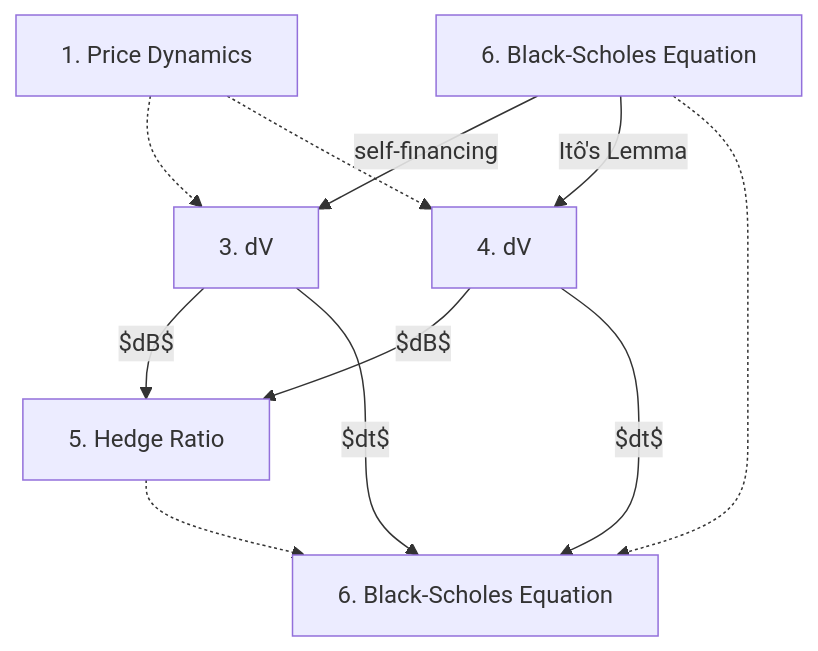
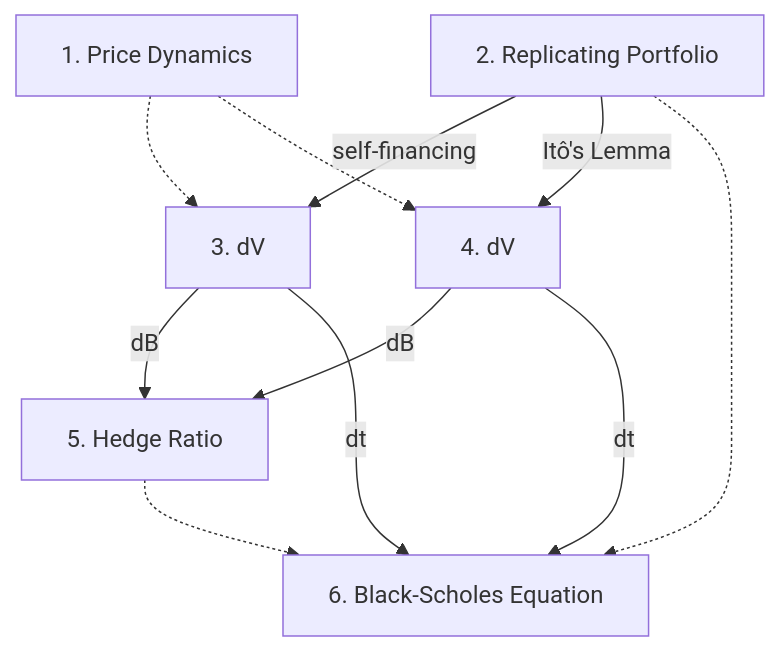
One commit to imfl/beautiful-jekyll changed the diagram in _posts/2018-05-27-a-very-quick-derivation-of-Black-Scholes-equation.md. Above: the diagram before and after it, drawn with Mermaid.

```diff
--- a/_posts/2018-05-27-a-very-quick-derivation-of-Black-Scholes-equation.md
+++ b/_posts/2018-05-27-a-very-quick-derivation-of-Black-Scholes-equation.md
@@ -102,13 +102,13 @@
 <div class="mermaid">
 graph TD
     A[1. Price Dynamics] -.-> C[3. dV]
-    B[6. Black-Scholes Equation] --self-financing--> C[3. dV]
-    B[6. Black-Scholes Equation] --Itô's Lemma--> D[4. dV]
-    A[1. Price Dynamics] -.-> D[4. dV]
-    C[3. dV] --$dB$--> E[5. Hedge Ratio]
-    C[3. dV] --$dt$--> F[6. Black-Scholes Equation]
-    D[4. dV] --$dB$--> E[5. Hedge Ratio]
-    D[4. dV] --$dt$--> F[6. Black-Scholes Equation]
-    B[6. Black-Scholes Equation] -.->F[6. Black-Scholes Equation]
-    E[5. Hedge Ratio] -.-> F[6. Black-Scholes Equation]
+    B[2. Replicating Portfolio] --self-financing--> C
+    B --Itô's Lemma--> D[4. dV]
+    A -.-> D
+    C --dB--> E[5. Hedge Ratio]
+    C --dt--> F[6. Black-Scholes Equation]
+    D --dB--> E
+    D --dt--> F
+    B -.->F
+    E -.-> F
 </div>
```
